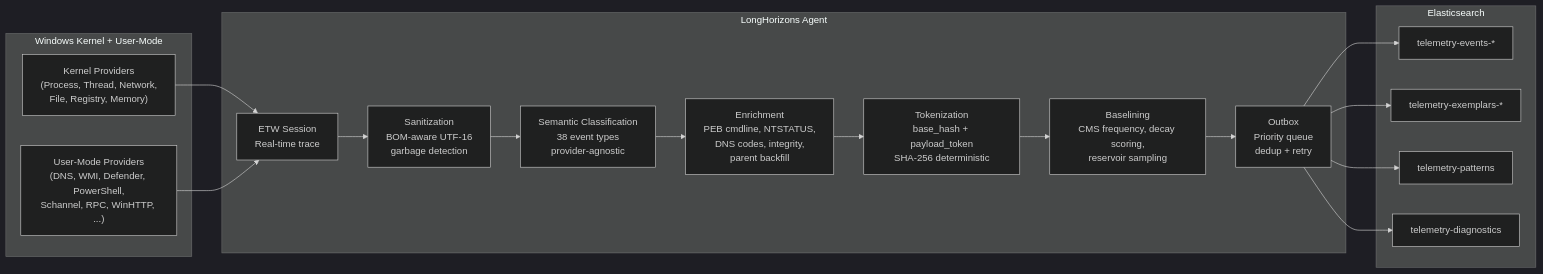
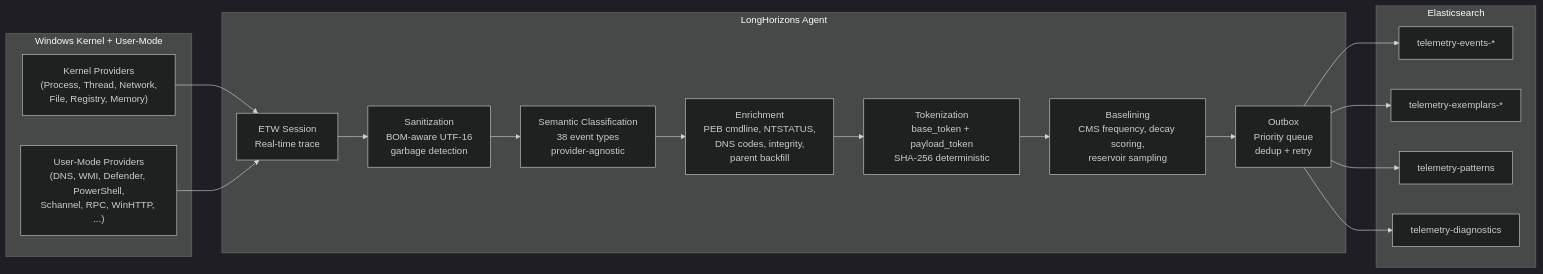
The first of 5 diagrams in LongHorizons/README.md (LongHorizons/WindOH), drawn with Mermaid (dark theme) before and after one commit. The commit also changed other lines of this file and 13 other files, not shown here.

First line of the commit message:
Normalize terminology: base token / payload token (spaced English)

````diff
--- a/LongHorizons/README.md
+++ b/LongHorizons/README.md
@@ -11,37 +11,37 @@
 ```mermaid
 flowchart LR
     subgraph Windows["Windows Kernel + User-Mode"]
         KP["Kernel Providers\n(Process, Thread, Network,\nFile, Registry, Memory)"]
         UP["User-Mode Providers\n(DNS, WMI, Defender, PowerShell,\nSchannel, RPC, WinHTTP, ...)"]
     end
 
     subgraph Agent["LongHorizons Agent"]
         ETW["ETW Session\nReal-time trace"]
         SAN["Sanitization\nBOM-aware UTF-16\ngarbage detection"]
         SEM["Semantic Classification\n38 event types\nprovider-agnostic"]
         ENRICH["Enrichment\nPEB cmdline, NTSTATUS,\nDNS codes, integrity,\nparent backfill"]
-        TOK["Tokenization\nbase_hash + payload_token\nSHA-256 deterministic"]
+        TOK["Tokenization\nbase_token + payload_token\nSHA-256 deterministic"]
         BASE["Baselining\nCMS frequency, decay scoring,\nreservoir sampling"]
         OUT["Outbox\nPriority queue\ndedup + retry"]
     end
 
     subgraph ES["Elasticsearch"]
         EVENTS["telemetry-events-*"]
         EXEMPLARS["telemetry-exemplars-*"]
         PATTERNS["telemetry-patterns"]
         DIAG["telemetry-diagnostics"]
     end
 
     KP --> ETW
     UP --> ETW
     ETW --> SAN
     SAN --> SEM
     SEM --> ENRICH
     ENRICH --> TOK
     TOK --> BASE
     BASE --> OUT
     OUT --> EVENTS
     OUT --> EXEMPLARS
     OUT --> PATTERNS
     OUT --> DIAG
 ```
````
